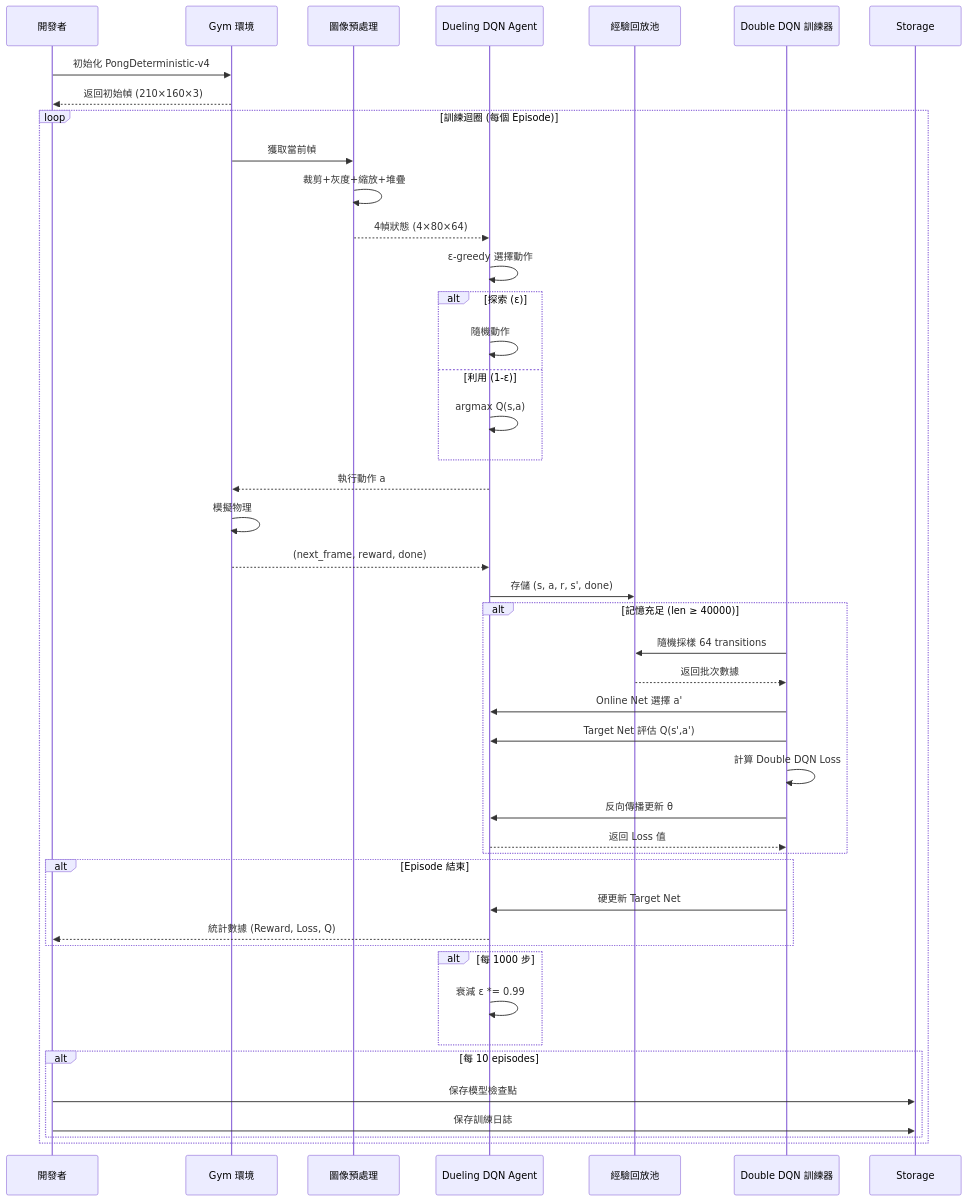
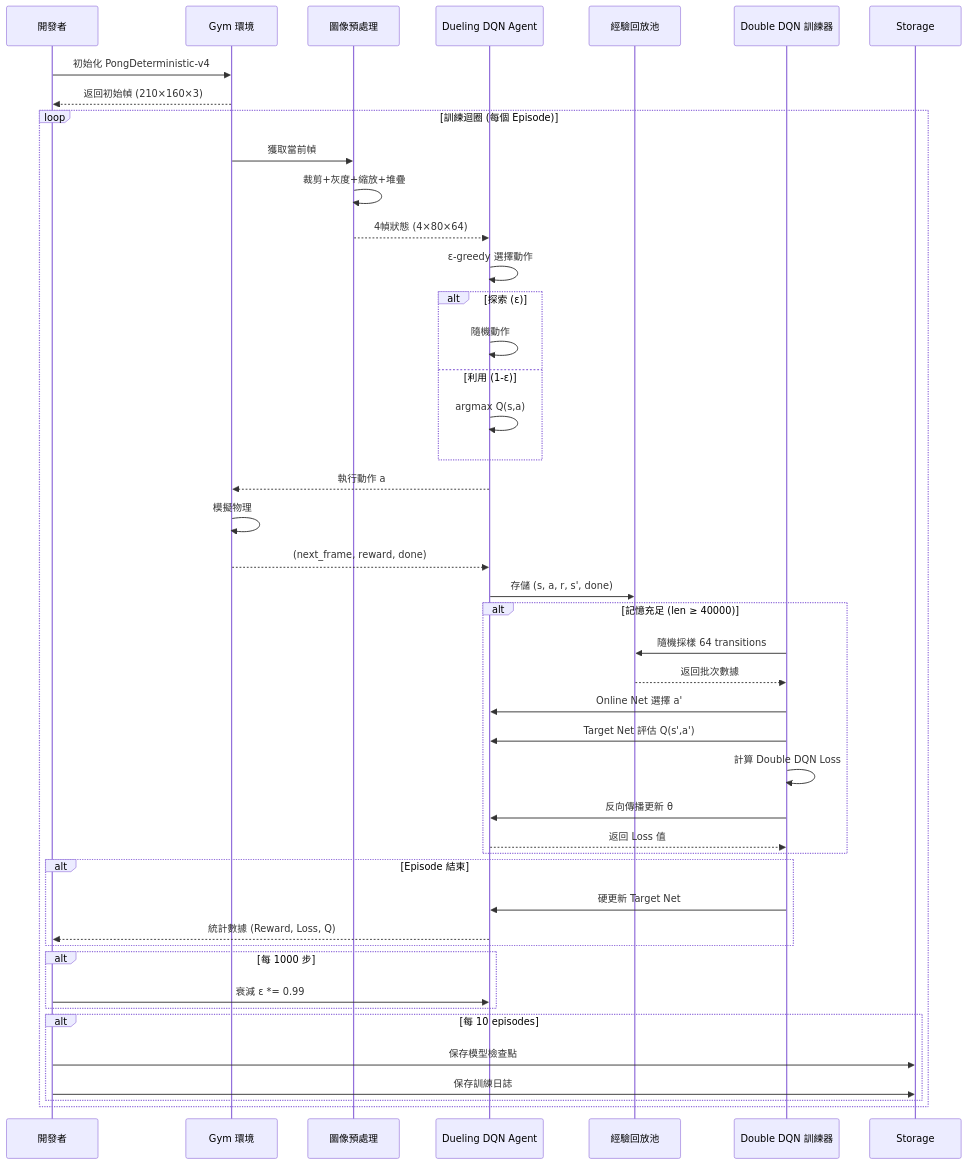
The sixth of 7 diagrams in doc/ping-pong-ai-project.md (C111112104/ML_Game), drawn with Mermaid before and after one commit. The commit also changed other lines of this file, not shown here.

````diff
--- a/doc/ping-pong-ai-project.md
+++ b/doc/ping-pong-ai-project.md
@@ -252,56 +409,56 @@
 ```mermaid
 sequenceDiagram
     participant Dev as 開發者
     participant Env as Gym 環境
     participant Pre as 圖像預處理
     participant Agent as Dueling DQN Agent
     participant Mem as 經驗回放池
     participant Train as Double DQN 訓練器
 
     Dev->>Env: 初始化 PongDeterministic-v4
     Env-->>Dev: 返回初始幀 (210×160×3)
 
     loop 訓練迴圈 (每個 Episode)
         Env->>Pre: 獲取當前幀
         Pre->>Pre: 裁剪+灰度+縮放+堆疊
         Pre-->>Agent: 4幀狀態 (4×80×64)
 
         Agent->>Agent: ε-greedy 選擇動作
         alt 探索 (ε)
             Agent->>Agent: 隨機動作
         else 利用 (1-ε)
             Agent->>Agent: argmax Q(s,a)
         end
 
         Agent-->>Env: 執行動作 a
         Env->>Env: 模擬物理
         Env-->>Agent: (next_frame, reward, done)
 
         Agent->>Mem: 存儲 (s, a, r, s', done)
 
         alt 記憶充足 (len ≥ 40000)
             Train->>Mem: 隨機採樣 64 transitions
             Mem-->>Train: 返回批次數據
 
             Train->>Agent: Online Net 選擇 a'
             Train->>Agent: Target Net 評估 Q(s',a')
             Train->>Train: 計算 Double DQN Loss
             Train->>Agent: 反向傳播更新 θ
             Agent-->>Train: 返回 Loss 值
         end
 
         alt Episode 結束
             Train->>Agent: 硬更新 Target Net
             Agent-->>Dev: 統計數據 (Reward, Loss, Q)
         end
 
         alt 每 1000 步
-            Agent->>Agent: 衰減 ε *= 0.99
+            Dev->>Agent: 衰減 ε *= 0.99
         end
 
         alt 每 10 episodes
             Dev->>Storage: 保存模型檢查點
             Dev->>Storage: 保存訓練日誌
         end
     end
 ```
````
